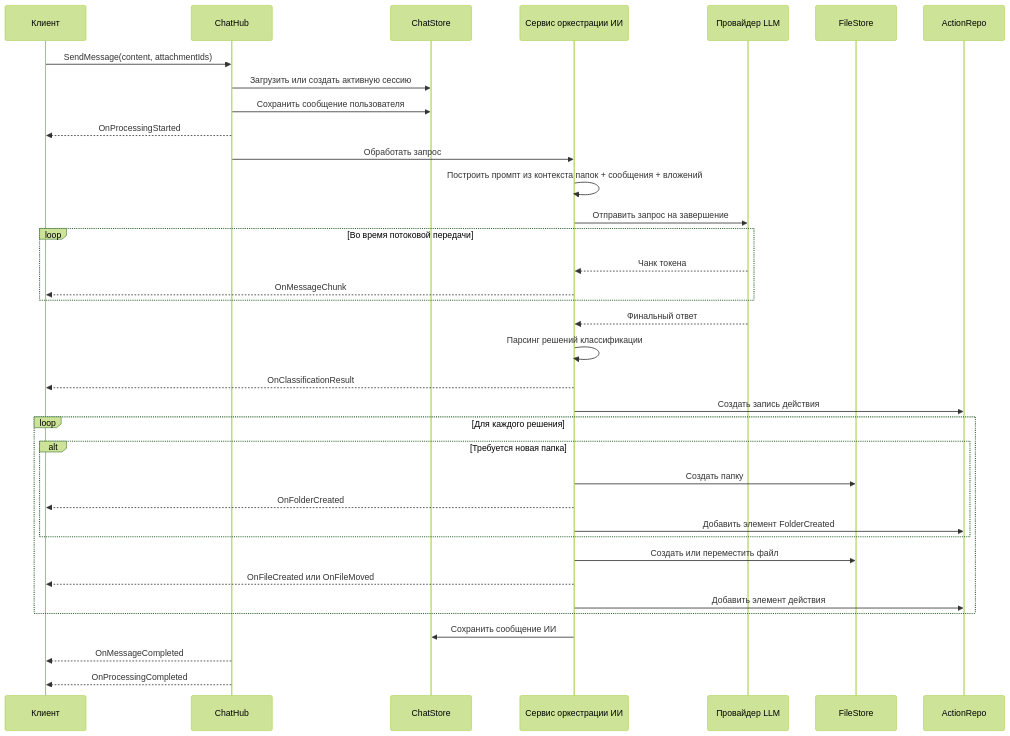
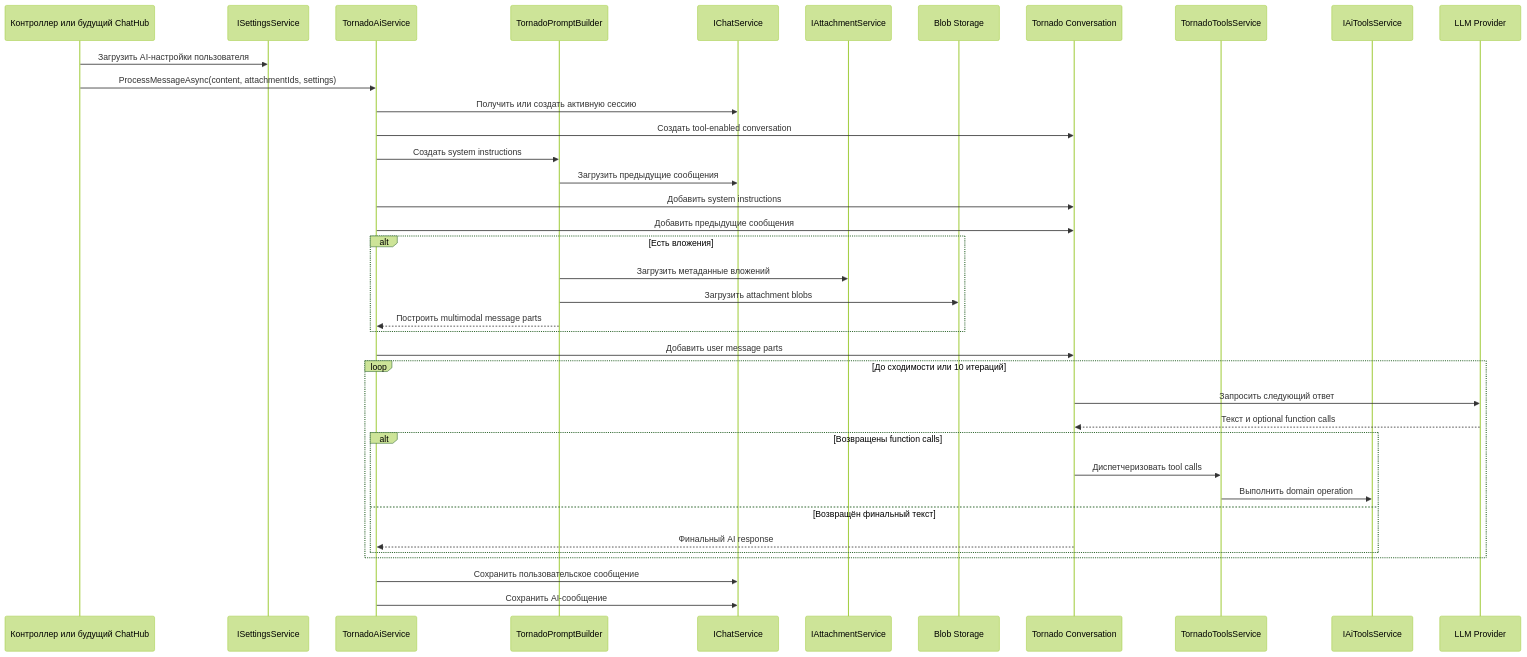
One commit to BarminGeorge/ShuKnow changed the first of 4 diagrams in docs/API_ARCHITECTURE.md. Above: the diagram before and after it, drawn with Mermaid (forest theme). The commit also changed other lines of this file and 4 other files, not shown here.

````diff
--- a/docs/API_ARCHITECTURE.md
+++ b/docs/API_ARCHITECTURE.md
@@ -36,46 +35,45 @@
 ```mermaid
 sequenceDiagram
-    participant Client as Клиент
-    participant ChatHub
-    participant ChatStore
-    participant AIOrch as Сервис оркестрации ИИ
-    participant AI as Провайдер LLM
-    participant FileStore
-    participant ActionRepo
+    participant Caller as Контроллер или будущий ChatHub
+    participant Settings as ISettingsService
+    participant AI as TornadoAiService
+    participant Prompt as TornadoPromptBuilder
+    participant Chat as IChatService
+    participant Attach as IAttachmentService
+    participant Blob as Blob Storage
+    participant Conv as Tornado Conversation
+    participant Tools as TornadoToolsService
+    participant ToolPort as IAiToolsService
+    participant LLM as LLM Provider
 
-    Client->>ChatHub: SendMessage(content, attachmentIds)
-    ChatHub->>ChatStore: Загрузить или создать активную сессию
-    ChatHub->>ChatStore: Сохранить сообщение пользователя
-    ChatHub-->>Client: OnProcessingStarted
+    Caller->>Settings: Загрузить AI-настройки пользователя
+    Caller->>AI: ProcessMessageAsync(content, attachmentIds, settings)
+    AI->>Chat: Получить или создать активную сессию
+    AI->>Conv: Создать tool-enabled conversation
+    AI->>Prompt: Создать system instructions
+    Prompt->>Chat: Загрузить предыдущие сообщения
+    AI->>Conv: Добавить system instructions
+    AI->>Conv: Добавить предыдущие сообщения
 
-    ChatHub->>AIOrch: Обработать запрос
-    AIOrch->>AIOrch: Построить промпт из контекста папок + сообщения + вложений
-    AIOrch->>AI: Отправить запрос на завершение
-
-    loop Во время потоковой передачи
-        AI-->>AIOrch: Чанк токена
-        AIOrch-->>Client: OnMessageChunk
+    alt Есть вложения
+        Prompt->>Attach: Загрузить метаданные вложений
+        Prompt->>Blob: Загрузить attachment blobs
+        Prompt-->>AI: Построить multimodal message parts
     end
 
-    AI-->>AIOrch: Финальный ответ
-    AIOrch->>AIOrch: Парсинг решений классификации
-    AIOrch-->>Client: OnClassificationResult
+    AI->>Conv: Добавить user message parts
 
-    AIOrch->>ActionRepo: Создать запись действия
-
-    loop Для каждого решения
-        alt Требуется новая папка
-            AIOrch->>FileStore: Создать папку
-            AIOrch-->>Client: OnFolderCreated
-            AIOrch->>ActionRepo: Добавить элемент FolderCreated
+    loop До сходимости или 10 итераций
+        Conv->>LLM: Запросить следующий ответ
+        LLM-->>Conv: Текст и optional function calls
+        alt Возвращены function calls
+            Conv->>Tools: Диспетчеризовать tool calls
+            Tools->>ToolPort: Выполнить domain operation
+        else Возвращён финальный текст
+            Conv-->>AI: Финальный AI response
         end
-
-        AIOrch->>FileStore: Создать или переместить файл
-        AIOrch-->>Client: OnFileCreated или OnFileMoved
-        AIOrch->>ActionRepo: Добавить элемент действия
     end
 
-    AIOrch->>ChatStore: Сохранить сообщение ИИ
-    ChatHub-->>Client: OnMessageCompleted
-    ChatHub-->>Client: OnProcessingCompleted
+    AI->>Chat: Сохранить пользовательское сообщение
+    AI->>Chat: Сохранить AI-сообщение
 ```
````
